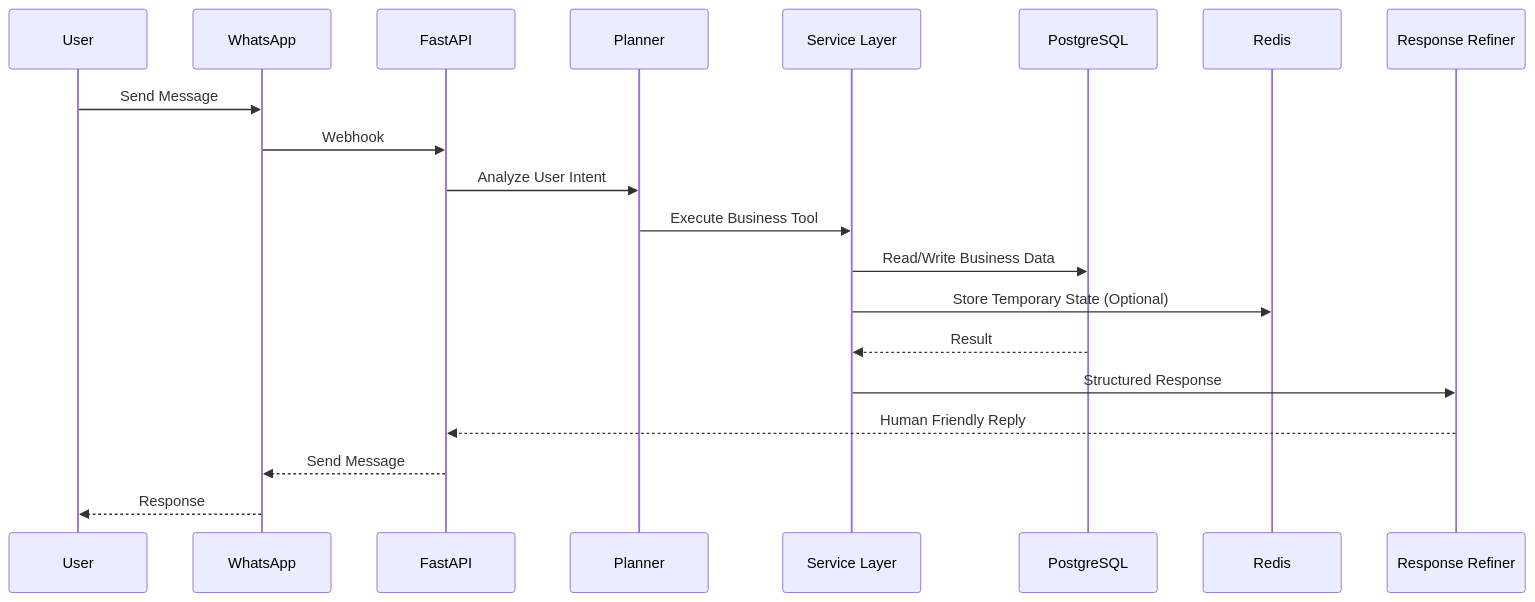
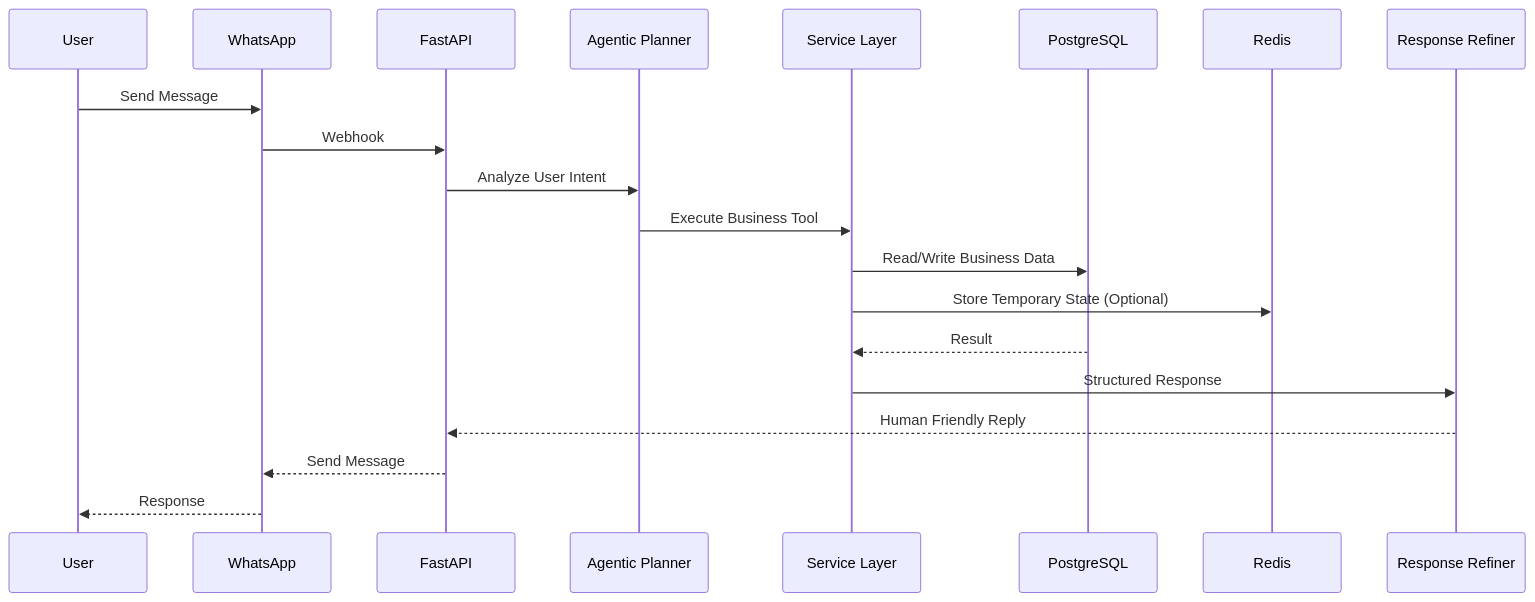
One commit to priyanshuraj20/VyaparAi changed the third of 3 diagrams in README.md. Above: the diagram before and after it, drawn with Mermaid. The commit also changed other lines of this file, not shown here.

Commit message:
Highlight Agentic AI features in README and documentation

````diff
--- a/README.md
+++ b/README.md
@@ -132,24 +133,24 @@
 ```mermaid
 sequenceDiagram
 
 participant U as User
 participant W as WhatsApp
 participant API as FastAPI
-participant P as Planner
+participant P as Agentic Planner
 participant S as Service Layer
 participant DB as PostgreSQL
 participant R as Redis
 participant F as Response Refiner
 
 U->>W: Send Message
 W->>API: Webhook
 API->>P: Analyze User Intent
 P->>S: Execute Business Tool
 S->>DB: Read/Write Business Data
 S->>R: Store Temporary State (Optional)
 DB-->>S: Result
 S->>F: Structured Response
 F-->>API: Human Friendly Reply
 API-->>W: Send Message
 W-->>U: Response
 ```
````
